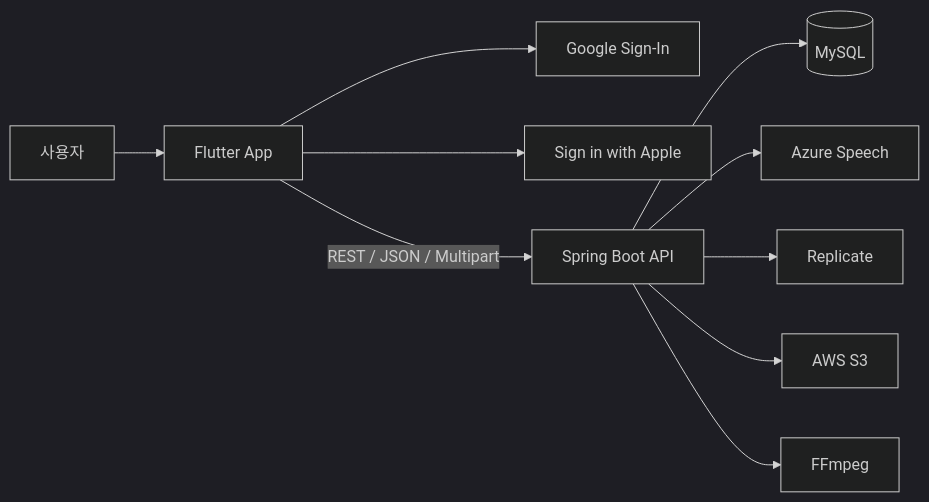
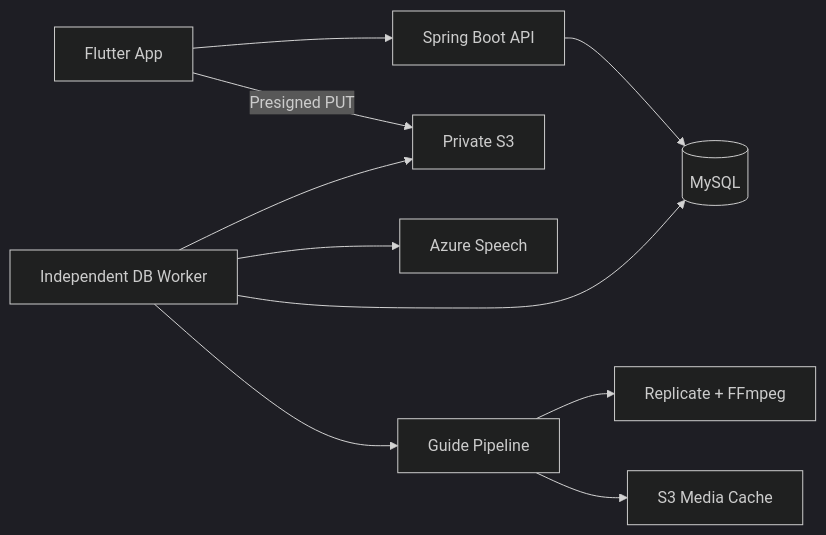
The diagram in README.md (byeok99/LingKo), drawn with Mermaid (dark theme) before and after one commit. The commit also changed other lines of this file and 196 other files, not shown here.

````diff
--- a/README.md
+++ b/README.md
@@ -23,12 +15,12 @@
 ```mermaid
 flowchart LR
-    U[사용자] --> A[Flutter App]
-    A --> G[Google Sign-In]
-    A --> P[Sign in with Apple]
-    A -->|REST / JSON / Multipart| B[Spring Boot API]
-    B --> D[(MySQL)]
-    B --> Z[Azure Speech]
-    B --> R[Replicate]
-    B --> S[AWS S3]
-    B --> F[FFmpeg]
+    App[Flutter App] --> API[Spring Boot API]
+    App -->|Presigned PUT| S3[Private S3]
+    API --> DB[(MySQL)]
+    Worker[Independent DB Worker] --> DB
+    Worker --> S3
+    Worker --> Azure[Azure Speech]
+    Worker --> Guide[Guide Pipeline]
+    Guide --> Media[Replicate + FFmpeg]
+    Guide --> Cache[S3 Media Cache]
 ```
````
